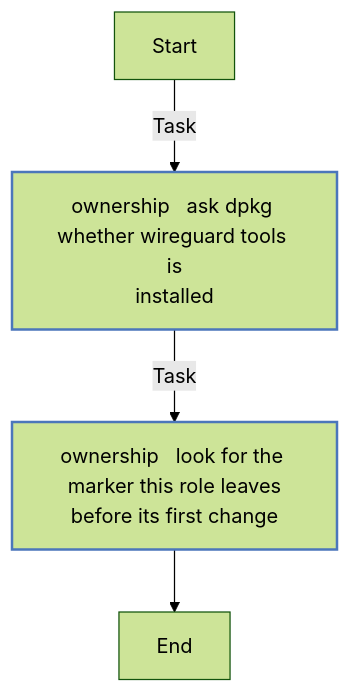
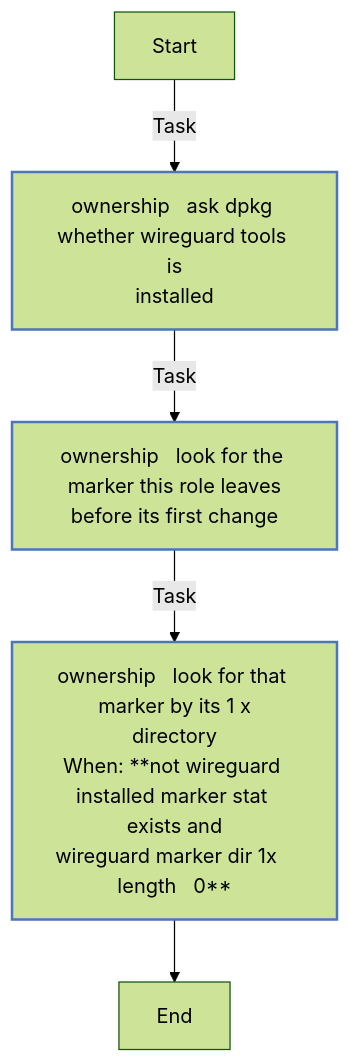
The sixth of 8 diagrams in docs/reference/roles/wireguard.md (kawadeomkar/agent-warehouse), drawn with Mermaid (forest theme) before and after one commit. The commit also changed other lines of this file and 29 other files, not shown here.

````diff
--- a/docs/reference/roles/wireguard.md
+++ b/docs/reference/roles/wireguard.md
@@ -200,16 +229,17 @@
 ```mermaid
 flowchart TD
 Start
 classDef block stroke:#3498db,stroke-width:2px;
 classDef task stroke:#4b76bb,stroke-width:2px;
 classDef includeTasks stroke:#16a085,stroke-width:2px;
 classDef importTasks stroke:#34495e,stroke-width:2px;
 classDef includeRole stroke:#2980b9,stroke-width:2px;
 classDef importRole stroke:#699ba7,stroke-width:2px;
 classDef includeVars stroke:#8e44ad,stroke-width:2px;
 classDef rescue stroke:#665352,stroke-width:2px;
 
   Start-->|Task| ownership___Ask_dpkg_whether_wireguard_tools_is_installed0[ownership   ask dpkg whether wireguard tools is<br>installed]:::task
   ownership___Ask_dpkg_whether_wireguard_tools_is_installed0-->|Task| ownership___Look_for_the_marker_this_role_leaves_before_its_first_change1[ownership   look for the marker this role leaves<br>before its first change]:::task
-  ownership___Look_for_the_marker_this_role_leaves_before_its_first_change1-->End
+  ownership___Look_for_the_marker_this_role_leaves_before_its_first_change1-->|Task| ownership___Look_for_that_marker_by_its_1_x_directory2[ownership   look for that marker by its 1 x<br>directory<br>When: **not wireguard installed marker stat exists and<br>wireguard marker dir 1x   length   0**]:::task
+  ownership___Look_for_that_marker_by_its_1_x_directory2-->End
 ```
````
